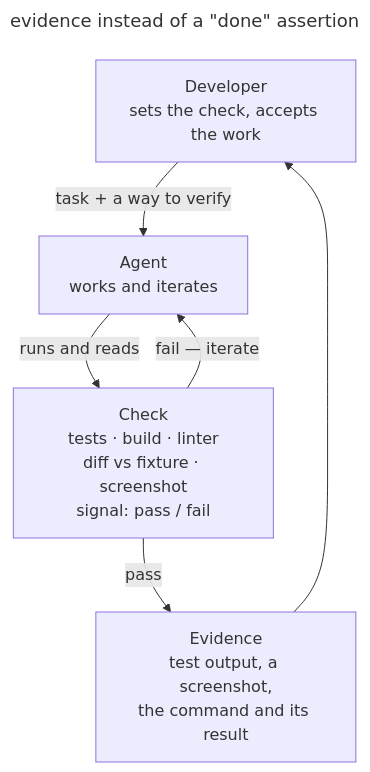
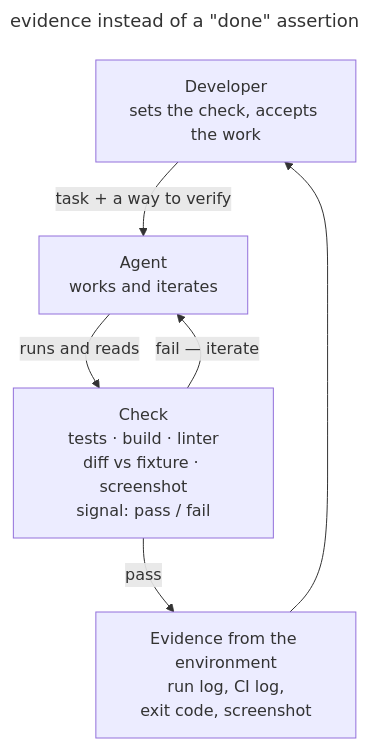
The diagram in book/en/give-agent-a-way-to-verify.md (Rastavelli/agentic-coding-design-patterns), drawn with Mermaid before and after one commit. The commit also changed other lines of this file and 2 other files, not shown here.

Commit message:
docs: require environment-recorded evidence in feedback loop

````diff
--- a/book/en/give-agent-a-way-to-verify.md
+++ b/book/en/give-agent-a-way-to-verify.md
@@ -68,15 +65,15 @@
 ```mermaid
 ---
 title: evidence instead of a "done" assertion
 ---
 flowchart TB
   dev["Developer<br/>sets the check, accepts the work"]:::accent
   agent["Agent<br/>works and iterates"]
   check["Check<br/>tests · build · linter<br/>diff vs fixture · screenshot<br/>signal: pass / fail"]
-  evidence["Evidence<br/>test output, a screenshot,<br/>the command and its result"]:::accent
+  evidence["Evidence from the environment<br/>run log, CI log,<br/>exit code, screenshot"]:::accent
   dev -- "task + a way to verify" --> agent
   agent -- "runs and reads" --> check
   check -- "fail — iterate" --> agent
   check -- "pass" --> evidence
   evidence --> dev
 ```
````
